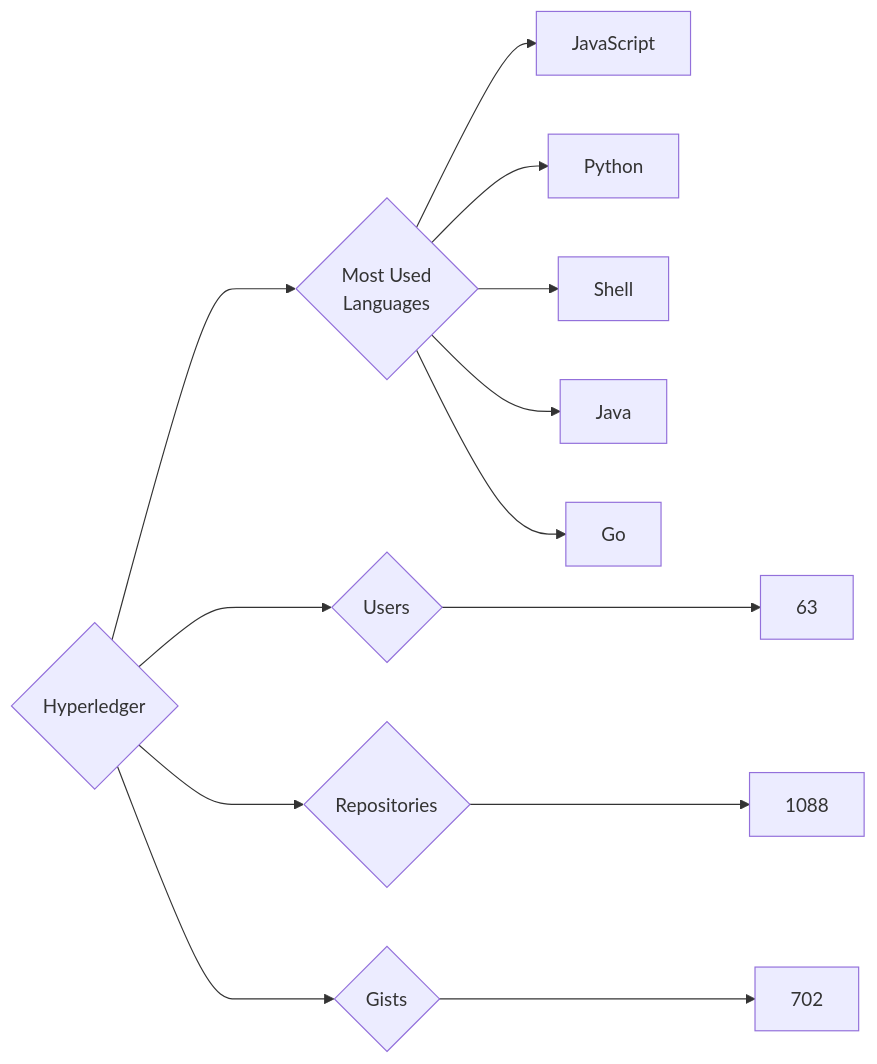
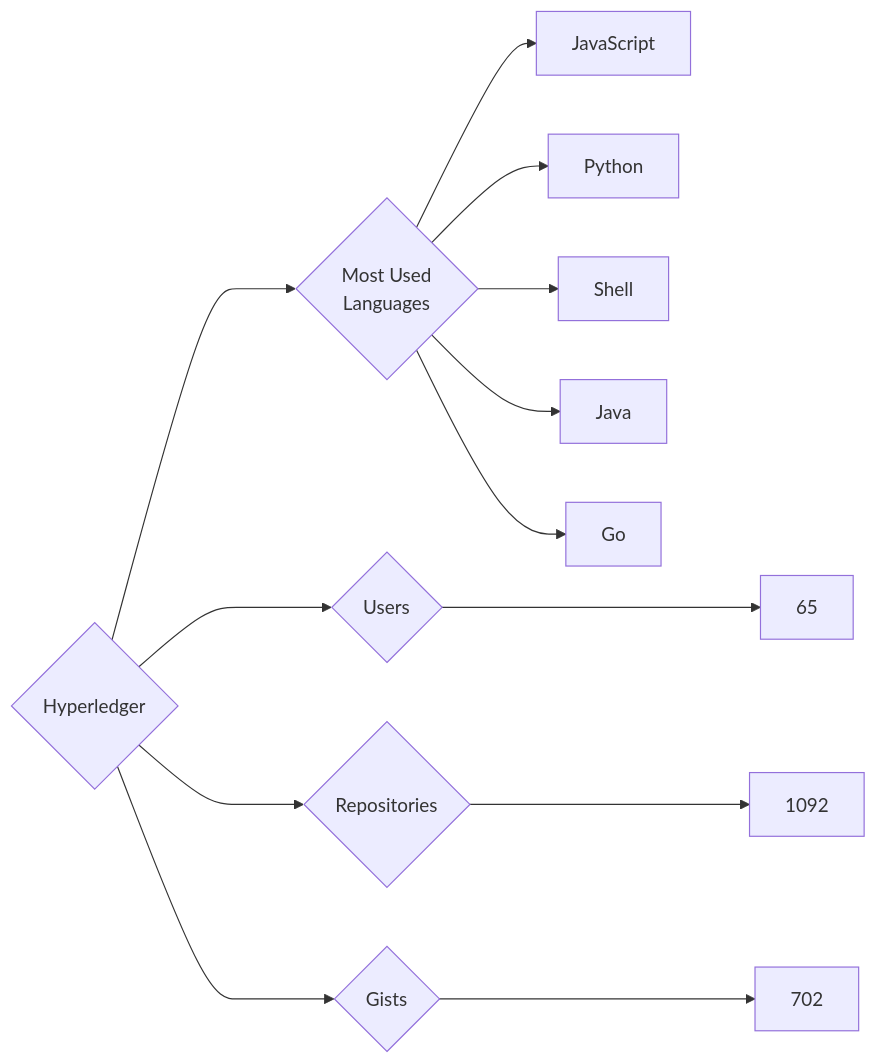
One commit to trickest/insiders changed the diagram in targets/Hyperledger/README.md. Above: the diagram before and after it, drawn with Mermaid. The commit also changed 636 other files, not shown here.

````diff
--- a/targets/Hyperledger/README.md
+++ b/targets/Hyperledger/README.md
@@ -3,13 +3,13 @@
 ```mermaid
 graph LR
 COMPANY_NAME{Hyperledger}
-COMPANY_NAME ---> U{Users} ---> UN[63]
-COMPANY_NAME ---> R{Repositories} ---> RN[1088]
+COMPANY_NAME ---> U{Users} ---> UN[65]
+COMPANY_NAME ---> R{Repositories} ---> RN[1092]
 COMPANY_NAME ---> G{Gists} ---> GN[702]
 COMPANY_NAME ---> ML{Most Used<br>Languages}
 ML --> JavaScript[JavaScript]
 ML --> Python[Python]
 ML --> Shell[Shell]
 ML --> Java[Java]
 ML --> Go[Go]
 ```
````
